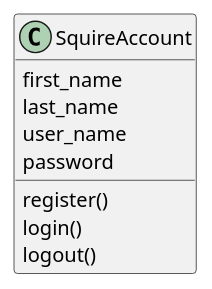
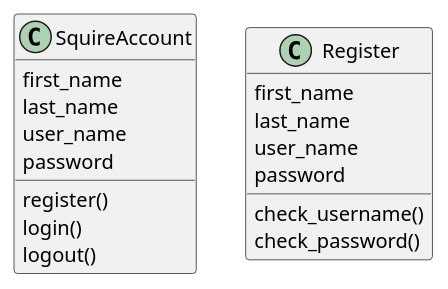
Before and after one commit to voxelv/sQuire_kw: the diagram in hw3/useraccount.pu, drawn with PlantUML.

```diff
--- a/hw3/useraccount.pu
+++ b/hw3/useraccount.pu
@@ -1,14 +1,25 @@
 @startuml
 
 class "SquireAccount" as ua {
 first_name
 last_name
 user_name
 password
 register()
 login()
 logout()
 }
 
 
+
+class "Register" as re {
+first_name
+last_name
+user_name
+password
+
+check_username()
+check_password()
+}
+
 @enduml
```
